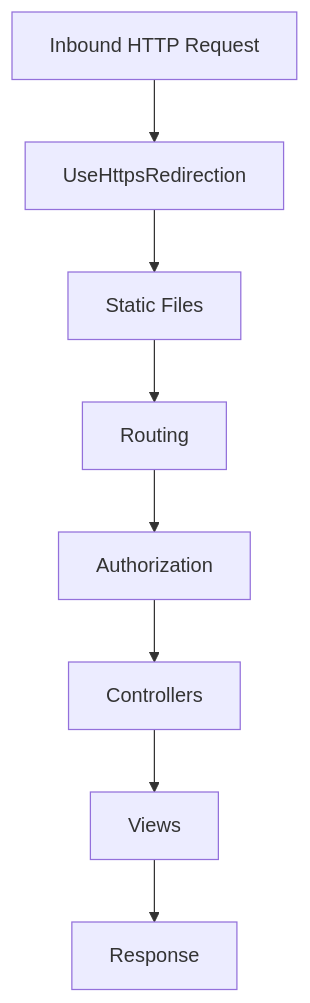
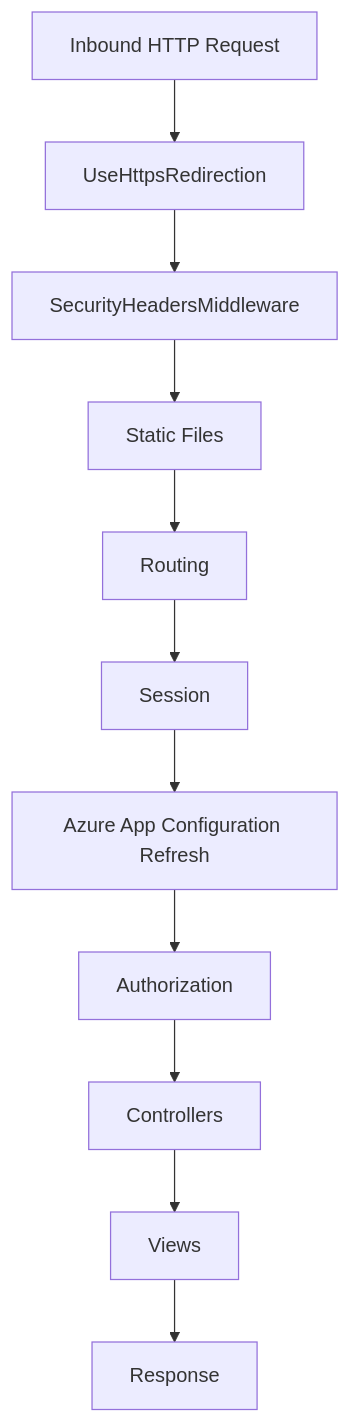
Before and after one commit to MSBart2/ASPNetCoreMVC1: the diagram in docs/architecture.md, drawn with Mermaid. The commit also changed other lines of this file and 4 other files, not shown here.

Commit message:
Update documentation to reflect current architecture and features

````diff
--- a/docs/architecture.md
+++ b/docs/architecture.md
@@ -14,10 +18,13 @@
 ```mermaid
 flowchart TD
     A[Inbound HTTP Request] --> B[UseHttpsRedirection]
-    B --> C[Static Files]
-    C --> D[Routing]
-    D --> E[Authorization]
-    E --> F[Controllers]
-    F --> G[Views]
-    G --> H[Response]
+    B --> C[SecurityHeadersMiddleware]
+    C --> D[Static Files]
+    D --> E[Routing]
+    E --> F[Session]
+    F --> G[Azure App Configuration Refresh]
+    G --> H[Authorization]
+    H --> I[Controllers]
+    I --> J[Views]
+    J --> K[Response]
 ```
````
